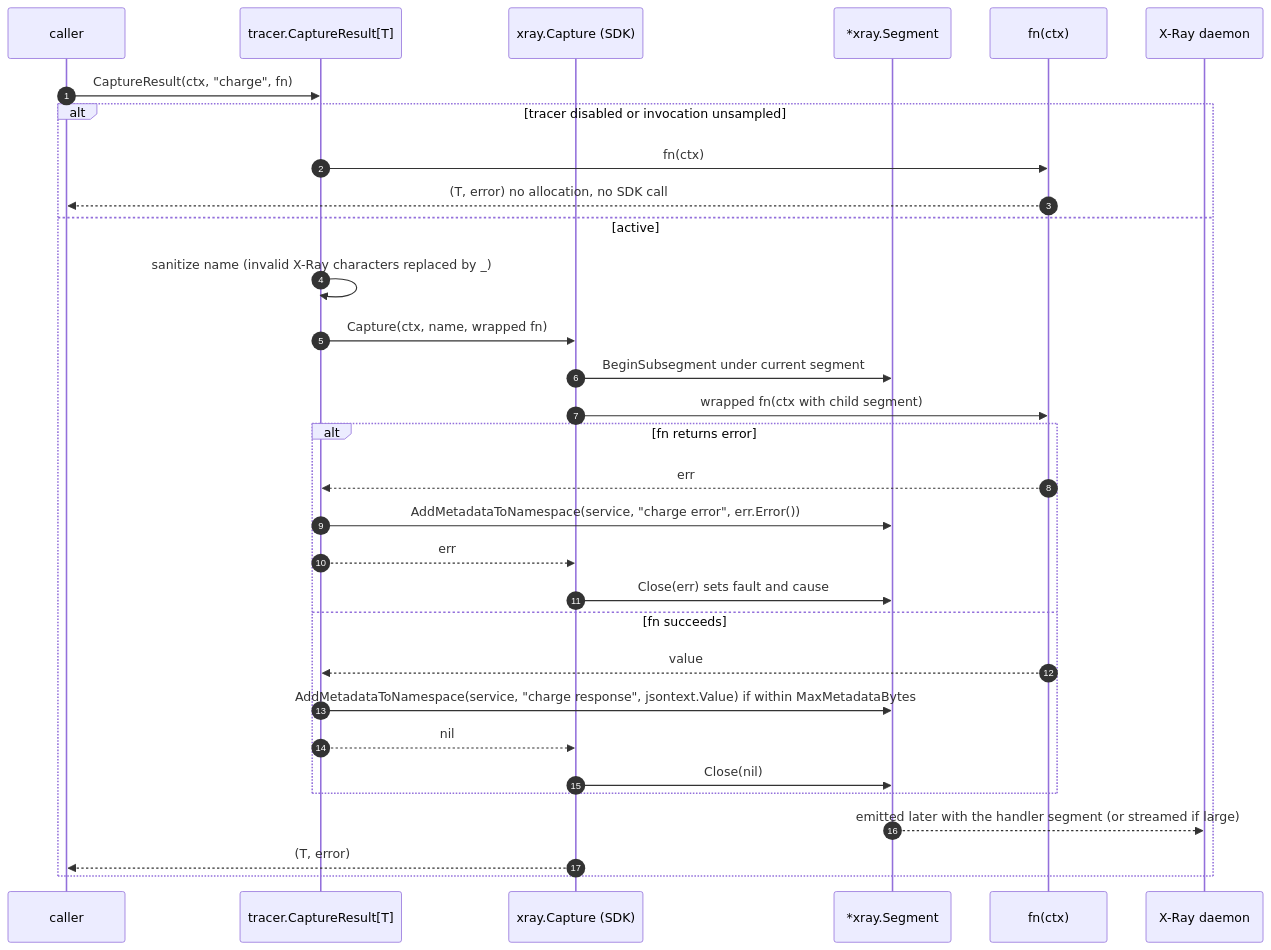
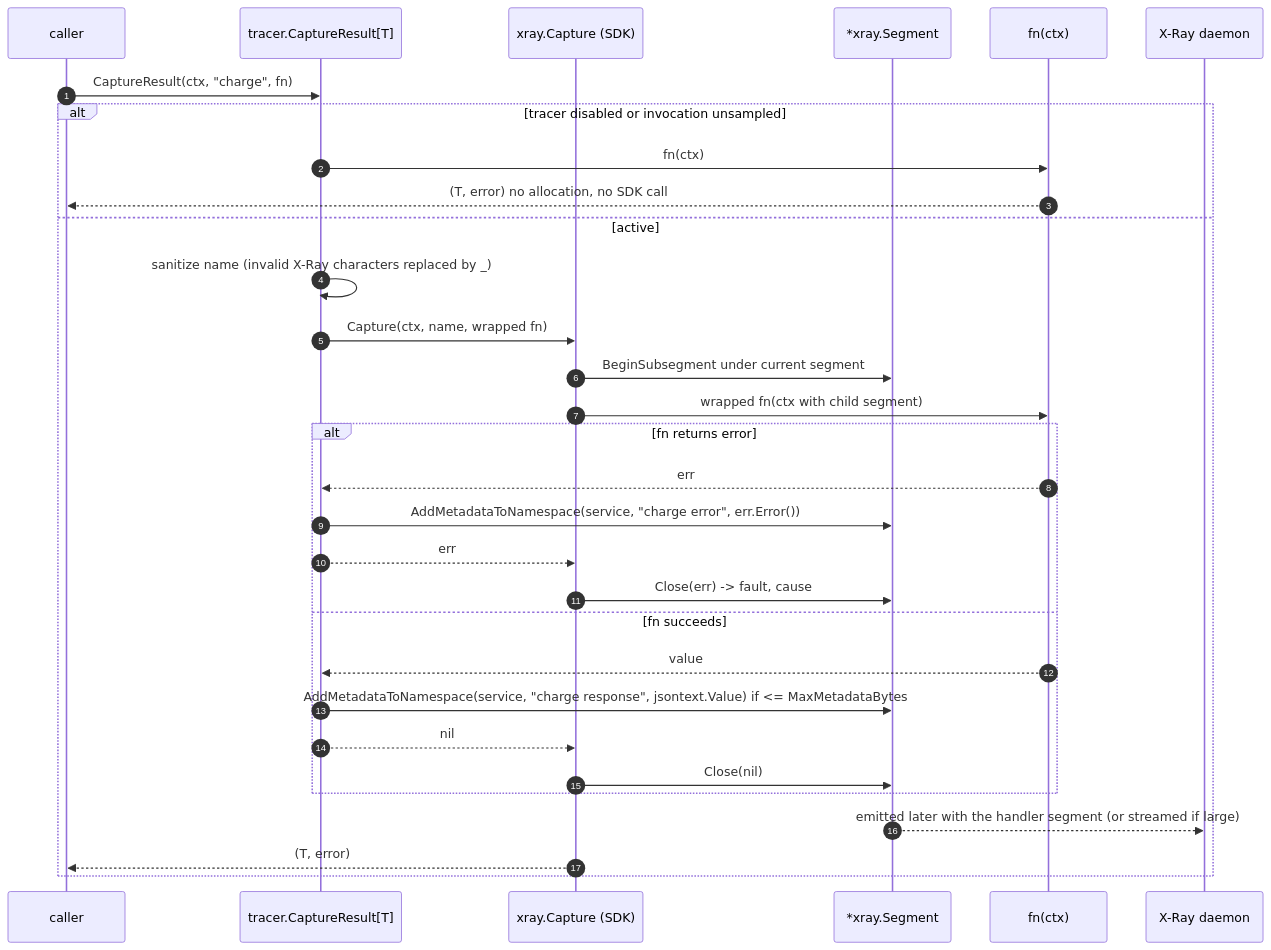
One commit to christiangda/powertools-lambda-go-plan changed the third of 3 diagrams in 04-tracer.md. Above: the diagram before and after it, drawn with Mermaid. The commit also changed other lines of this file and 8 other files, not shown here.

````diff
--- a/04-tracer.md
+++ b/04-tracer.md
@@ -188,33 +188,33 @@
 ```mermaid
 sequenceDiagram
   autonumber
   participant C as caller
   participant T as tracer.CaptureResult[T]
   participant X as xray.Capture (SDK)
   participant S as *xray.Segment
   participant F as fn(ctx)
   participant D as X-Ray daemon
   C->>T: CaptureResult(ctx, "charge", fn)
   alt tracer disabled or invocation unsampled
     T->>F: fn(ctx)
     F-->>C: (T, error)  no allocation, no SDK call
   else active
     T->>T: sanitize name (invalid X-Ray characters replaced by _)
     T->>X: Capture(ctx, name, wrapped fn)
     X->>S: BeginSubsegment under current segment
     X->>F: wrapped fn(ctx with child segment)
     alt fn returns error
       F-->>T: err
       T->>S: AddMetadataToNamespace(service, "charge error", err.Error())
       T-->>X: err
-      X->>S: Close(err) sets fault and cause
+      X->>S: Close(err) -> fault, cause
     else fn succeeds
       F-->>T: value
-      T->>S: AddMetadataToNamespace(service, "charge response", jsontext.Value) if within MaxMetadataBytes
+      T->>S: AddMetadataToNamespace(service, "charge response", jsontext.Value) if <= MaxMetadataBytes
       T-->>X: nil
       X->>S: Close(nil)
     end
     S-->>D: emitted later with the handler segment (or streamed if large)
     X-->>C: (T, error)
   end
 ```
````
